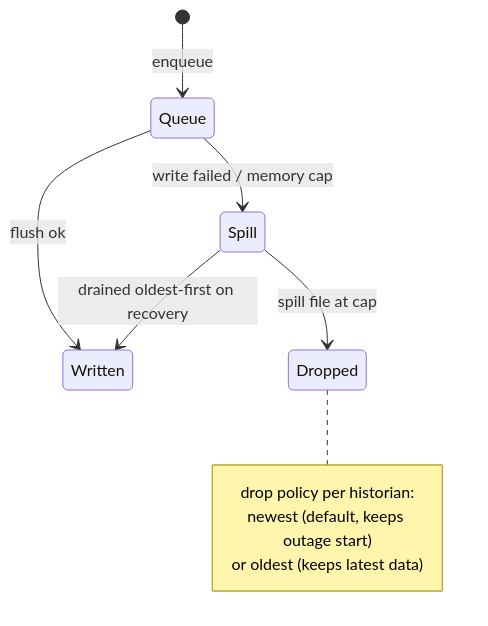
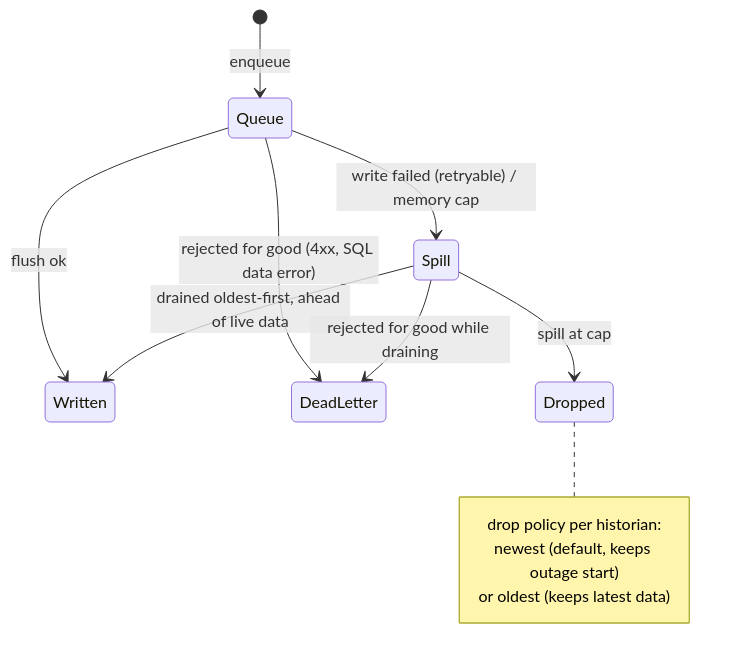
One commit to zbest1000/manifold changed the fourth of 9 diagrams in ARCHITECTURE.md. Above: the diagram before and after it, drawn with Mermaid. The commit also changed other lines of this file and 21 other files, not shown here.

````diff
--- a/ARCHITECTURE.md
+++ b/ARCHITECTURE.md
@@ -202,13 +261,15 @@
 ```mermaid
 stateDiagram-v2
     [*] --> Queue: enqueue
     Queue --> Written: flush ok
-    Queue --> Spill: write failed / memory cap
-    Spill --> Written: drained oldest-first on recovery
-    Spill --> Dropped: spill file at cap
+    Queue --> Spill: write failed (retryable) / memory cap
+    Queue --> DeadLetter: rejected for good (4xx, SQL data error)
+    Spill --> Written: drained oldest-first, ahead of live data
+    Spill --> DeadLetter: rejected for good while draining
+    Spill --> Dropped: spill at cap
     note right of Dropped
         drop policy per historian:
         newest (default, keeps outage start)
         or oldest (keeps latest data)
     end note
 ```
````
